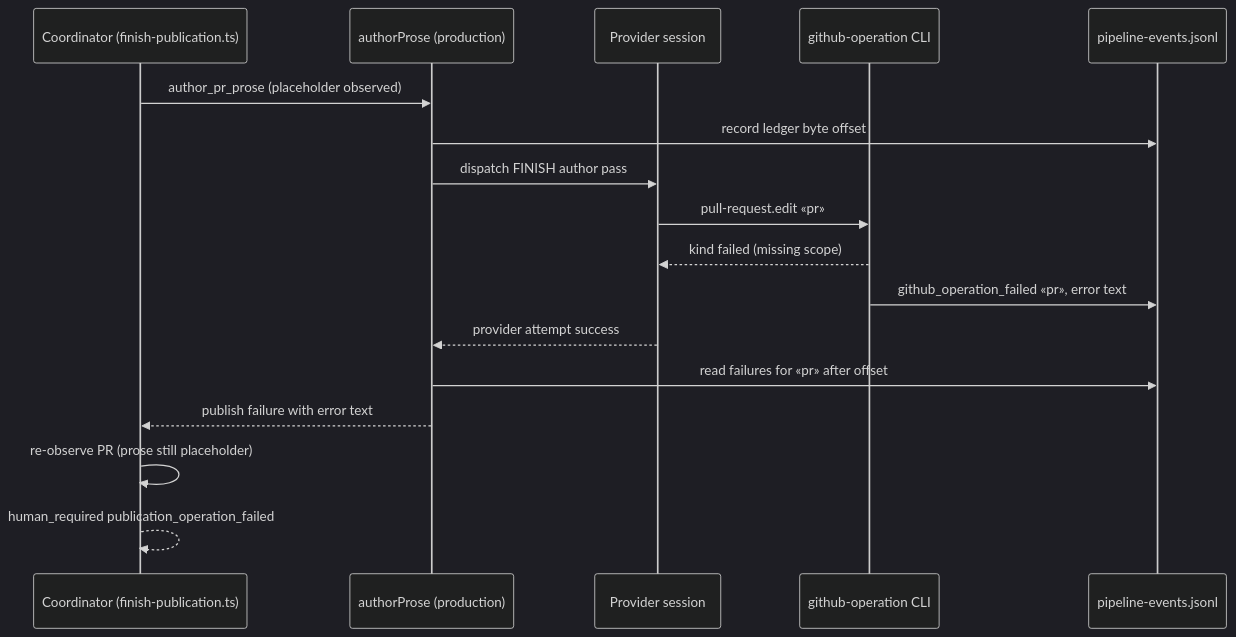
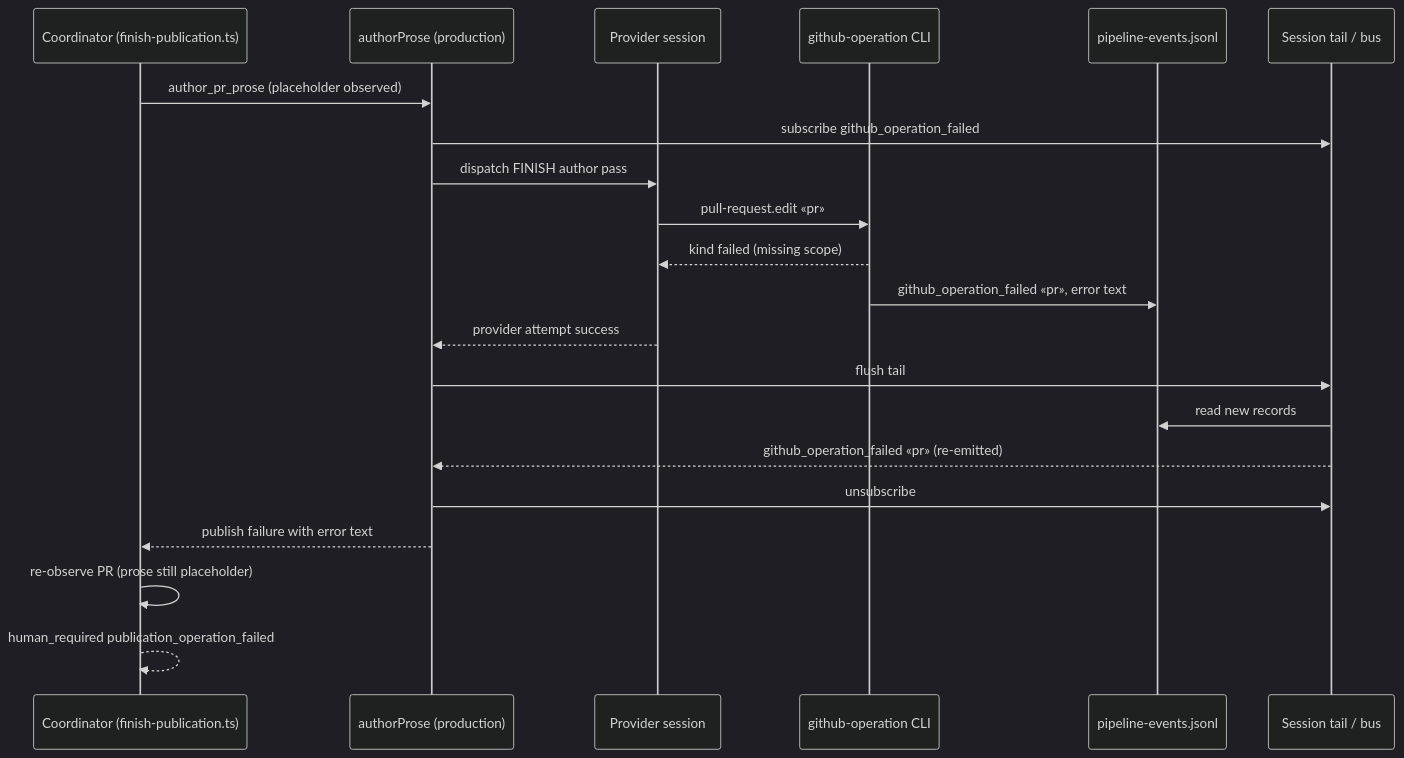
Before and after one commit to jstoup111/ai-conductor: the second of 2 diagrams in .docs/architecture/finish-pr-body-publish-fails-on-token-scope-and-ha.md, drawn with Mermaid (dark theme). The commit also changed other lines of this file and 4 other files, not shown here.

````diff
--- a/.docs/architecture/finish-pr-body-publish-fails-on-token-scope-and-ha.md
+++ b/.docs/architecture/finish-pr-body-publish-fails-on-token-scope-and-ha.md
@@ -52,19 +53,23 @@
 ```mermaid
 sequenceDiagram
     participant C as Coordinator (finish-publication.ts)
     participant A as authorProse (production)
     participant P as Provider session
     participant G as github-operation CLI
     participant S as pipeline-events.jsonl
+    participant T as Session tail / bus
     C->>A: author_pr_prose (placeholder observed)
-    A->>S: record ledger byte offset
+    A->>T: subscribe github_operation_failed
     A->>P: dispatch FINISH author pass
     P->>G: pull-request.edit «pr»
     G-->>P: kind failed (missing scope)
     G->>S: github_operation_failed «pr», error text
     P-->>A: provider attempt success
-    A->>S: read failures for «pr» after offset
+    A->>T: flush tail
+    T->>S: read new records
+    T-->>A: github_operation_failed «pr» (re-emitted)
+    A->>T: unsubscribe
     A-->>C: publish failure with error text
     C->>C: re-observe PR (prose still placeholder)
     C-->>C: human_required publication_operation_failed
 ```
````
